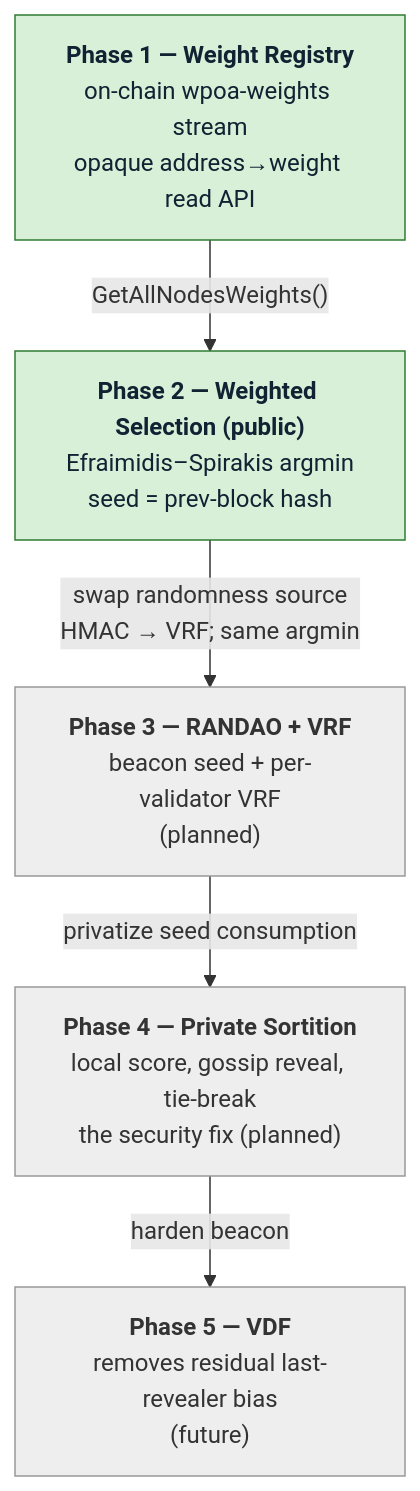
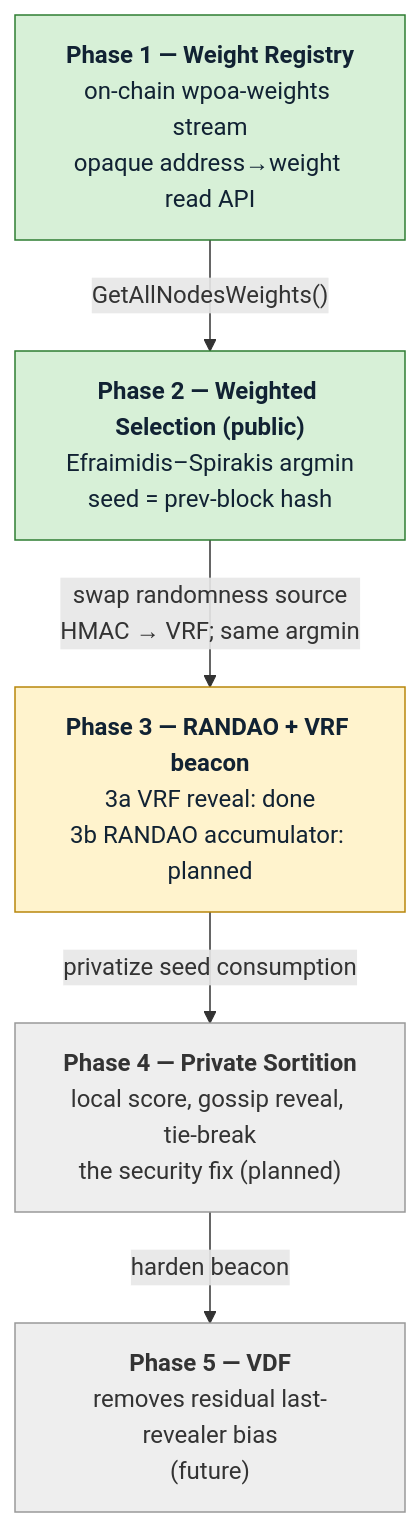
One commit to FeMattu/multichain changed the diagram in src/wpoa/docs/implementation-guide.md. Above: the diagram before and after it, drawn with Mermaid. The commit also changed other lines of this file and 23 other files, not shown here.

````diff
--- a/src/wpoa/docs/implementation-guide.md
+++ b/src/wpoa/docs/implementation-guide.md
@@ -23,18 +23,20 @@
 ```mermaid
 flowchart TD
     P1["<b>Phase 1 — Weight Registry</b><br/>on-chain wpoa-weights stream<br/>opaque address→weight read API"]
     P2["<b>Phase 2 — Weighted Selection (public)</b><br/>Efraimidis–Spirakis argmin<br/>seed = prev-block hash"]
-    P3["<b>Phase 3 — RANDAO + VRF</b><br/>beacon seed + per-validator VRF<br/>(planned)"]
+    P3["<b>Phase 3 — RANDAO + VRF beacon</b><br/>3a VRF reveal: done<br/>3b RANDAO accumulator: planned"]
     P4["<b>Phase 4 — Private Sortition</b><br/>local score, gossip reveal, tie-break<br/>the security fix (planned)"]
     P5["<b>Phase 5 — VDF</b><br/>removes residual last-revealer bias<br/>(future)"]
 
     P1 -->|"GetAllNodesWeights()"| P2
     P2 -->|"swap randomness source<br/>HMAC → VRF; same argmin"| P3
     P3 -->|"privatize seed consumption"| P4
     P4 -->|"harden beacon"| P5
 
     classDef done fill:#d7f0d7,stroke:#2e7d32,color:#123;
+    classDef partial fill:#fff3cd,stroke:#b8860b,color:#123;
     classDef plan fill:#eee,stroke:#999,color:#333;
     class P1,P2 done;
-    class P3,P4,P5 plan;
+    class P3 partial;
+    class P4,P5 plan;
 ```
````
